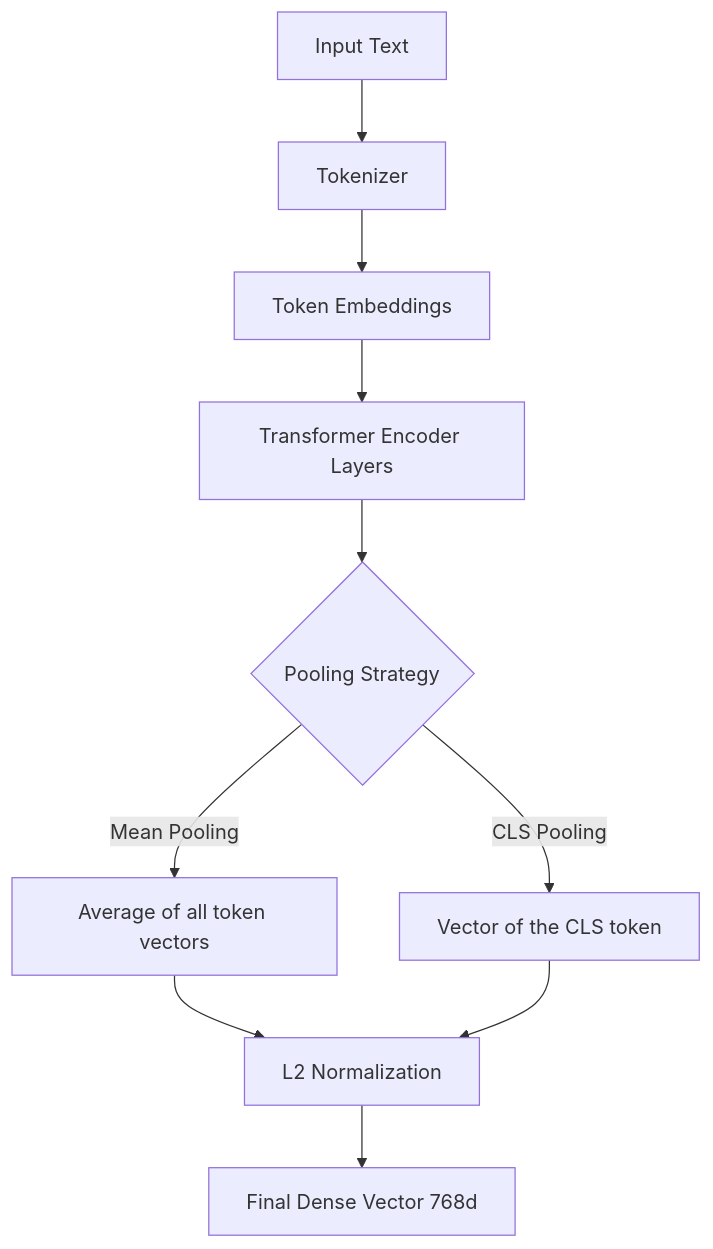
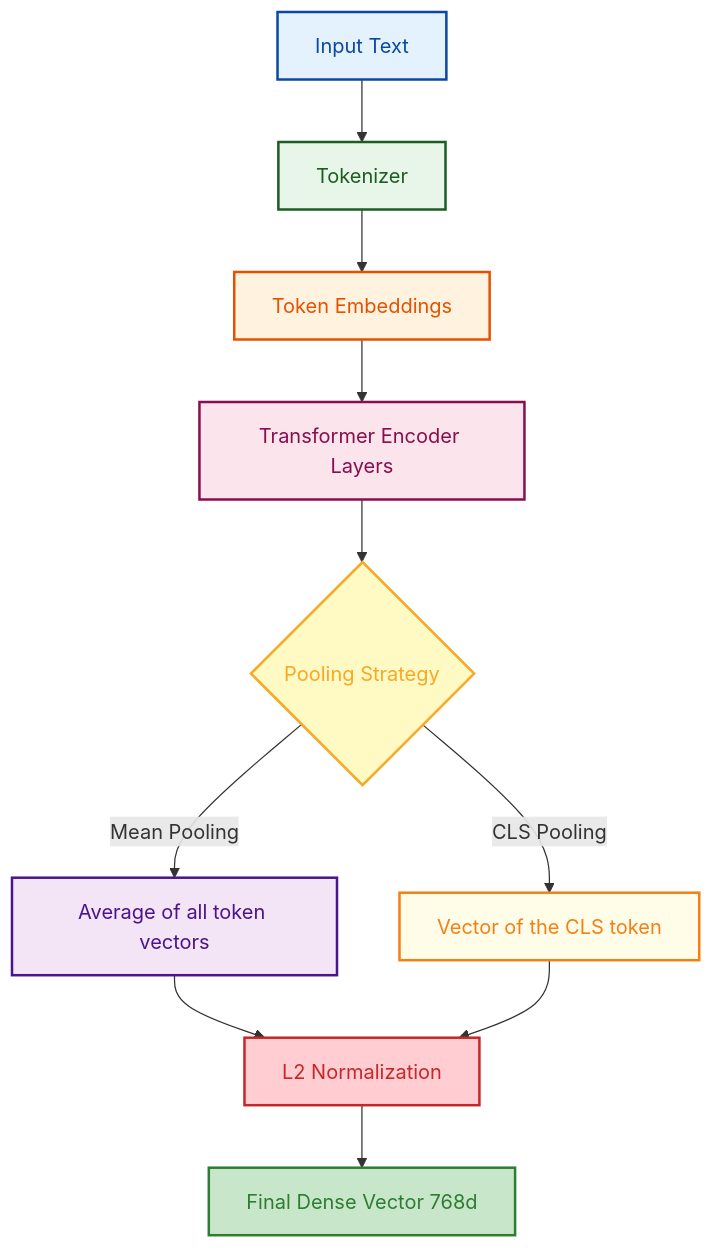
One commit to GyanendraChaubey/AI-Engineering-Notes changed the first of 3 diagrams in docs/04-embeddings/README.md. Above: the diagram before and after it, drawn with Mermaid. The commit also changed other lines of this file and 15 other files, not shown here.

Commit message:
style: apply light color palette to remaining Mermaid diagrams (docs 15 & 16)

````diff
--- a/docs/04-embeddings/README.md
+++ b/docs/04-embeddings/README.md
@@ -15,12 +15,21 @@
 ```mermaid
 flowchart TD
     A[Input Text] --> B[Tokenizer]
     B --> C[Token Embeddings]
     C --> D[Transformer Encoder Layers]
     D --> E{Pooling Strategy}
     E -->|Mean Pooling| F[Average of all token vectors]
     E -->|CLS Pooling| G[Vector of the CLS token]
     F --> H[L2 Normalization]
     G --> H
     H --> I[Final Dense Vector 768d]
+    style A fill:#e3f2fd,stroke:#0d47a1,stroke-width:2px,color:#0d47a1
+    style B fill:#e8f5e9,stroke:#1b5e20,stroke-width:2px,color:#1b5e20
+    style C fill:#fff3e0,stroke:#e65100,stroke-width:2px,color:#e65100
+    style D fill:#fce4ec,stroke:#880e4f,stroke-width:2px,color:#880e4f
+    style E fill:#fff9c4,stroke:#f9a825,stroke-width:2px,color:#f9a825
+    style F fill:#f3e5f5,stroke:#4a148c,stroke-width:2px,color:#4a148c
+    style G fill:#fffde7,stroke:#f57f17,stroke-width:2px,color:#f57f17
+    style H fill:#ffcdd2,stroke:#c62828,stroke-width:2px,color:#c62828
+    style I fill:#c8e6c9,stroke:#2e7d32,stroke-width:2px,color:#2e7d32
 ```
````
